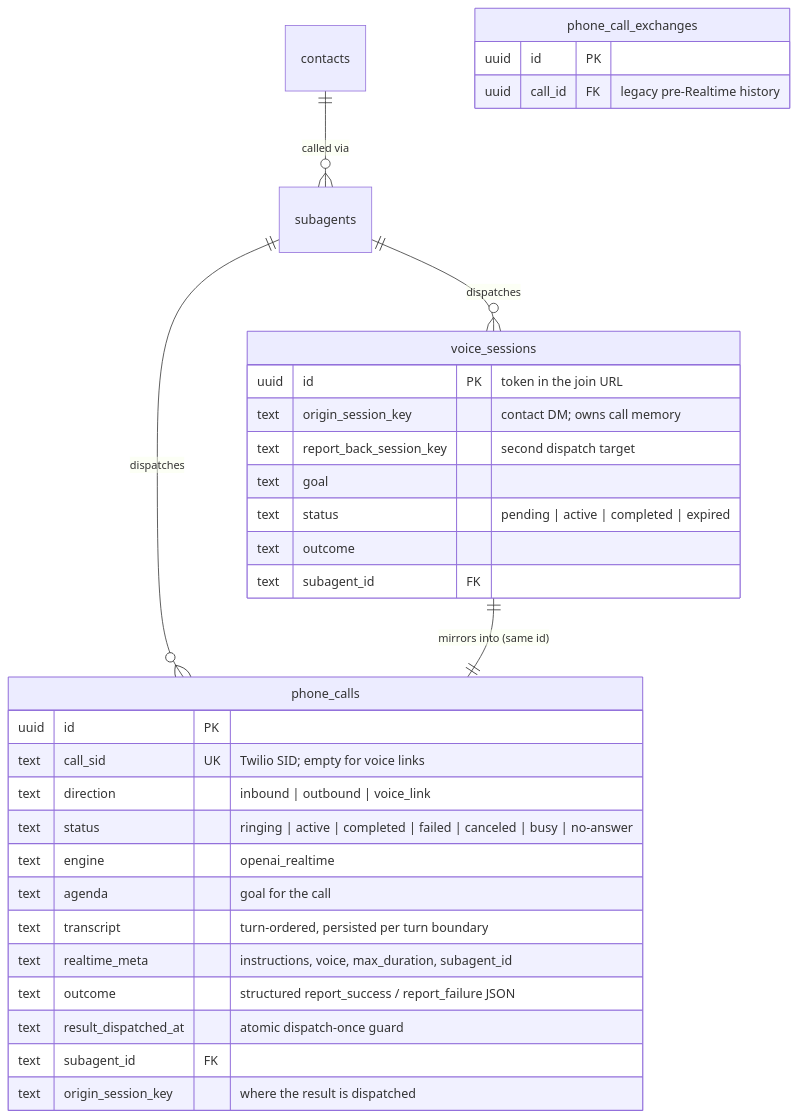
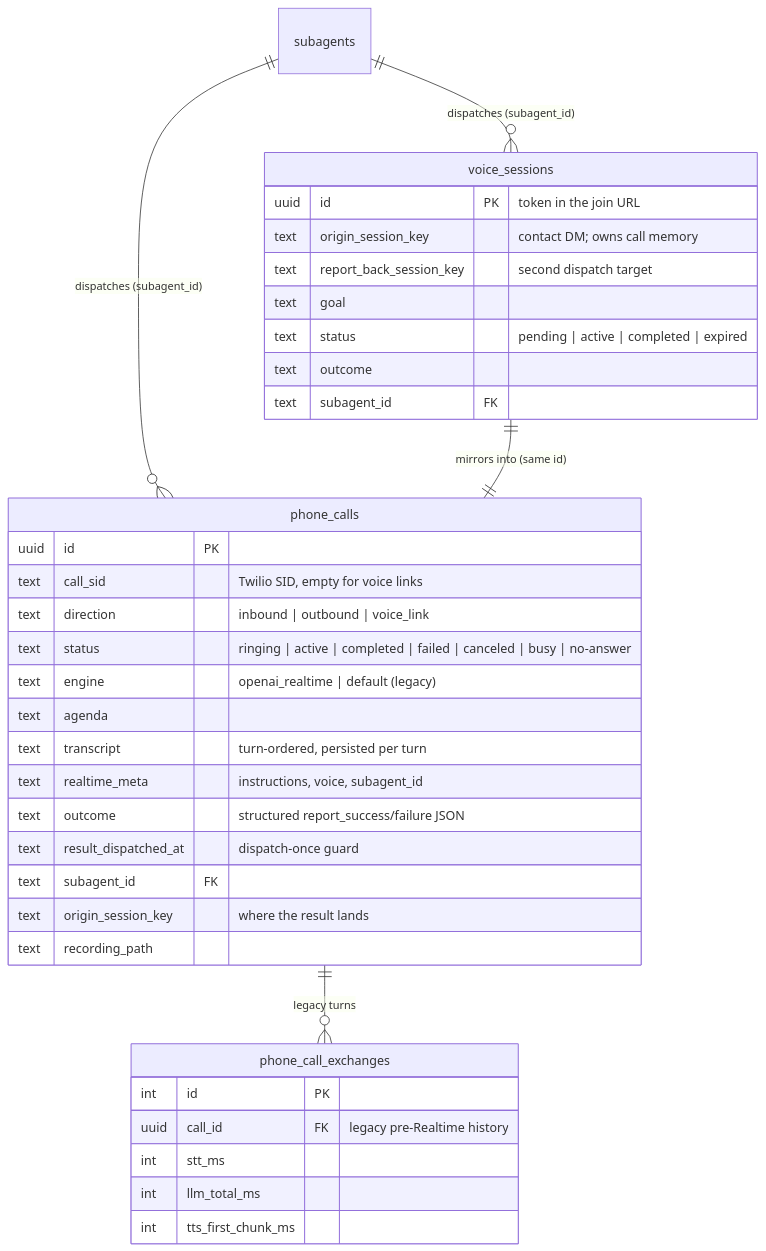
Before and after one commit to mike-crabcat/bob: the fifth of 10 diagrams in docs/datamodel.md, drawn with Mermaid. The commit also changed other lines of this file and 8 other files, not shown here.

````diff
--- a/docs/datamodel.md
+++ b/docs/datamodel.md
@@ -130,35 +311,39 @@
 ```mermaid
 erDiagram
-    contacts ||--o{ subagents : "called via"
-    subagents ||--o{ phone_calls : "dispatches"
-    subagents ||--o{ voice_sessions : "dispatches"
+    subagents ||--o{ phone_calls : "dispatches (subagent_id)"
+    subagents ||--o{ voice_sessions : "dispatches (subagent_id)"
     voice_sessions ||--|| phone_calls : "mirrors into (same id)"
+    phone_calls ||--o{ phone_call_exchanges : "legacy turns"
 
     phone_calls {
         uuid id PK
-        text call_sid UK "Twilio SID; empty for voice links"
+        text call_sid "Twilio SID, empty for voice links"
         text direction "inbound | outbound | voice_link"
         text status "ringing | active | completed | failed | canceled | busy | no-answer"
-        text engine "openai_realtime"
-        text agenda "goal for the call"
-        text transcript "turn-ordered, persisted per turn boundary"
-        text realtime_meta "instructions, voice, max_duration, subagent_id"
-        text outcome "structured report_success / report_failure JSON"
-        text result_dispatched_at "atomic dispatch-once guard"
+        text engine "openai_realtime | default (legacy)"
+        text agenda
+        text transcript "turn-ordered, persisted per turn"
+        text realtime_meta "instructions, voice, subagent_id"
+        text outcome "structured report_success/failure JSON"
+        text result_dispatched_at "dispatch-once guard"
         text subagent_id FK
-        text origin_session_key "where the result is dispatched"
+        text origin_session_key "where the result lands"
+        text recording_path
     }
     voice_sessions {
         uuid id PK "token in the join URL"
         text origin_session_key "contact DM; owns call memory"
         text report_back_session_key "second dispatch target"
         text goal
         text status "pending | active | completed | expired"
         text outcome
         text subagent_id FK
     }
     phone_call_exchanges {
-        uuid id PK
+        int id PK
         uuid call_id FK "legacy pre-Realtime history"
+        int stt_ms
+        int llm_total_ms
+        int tts_first_chunk_ms
     }
 ```
````
